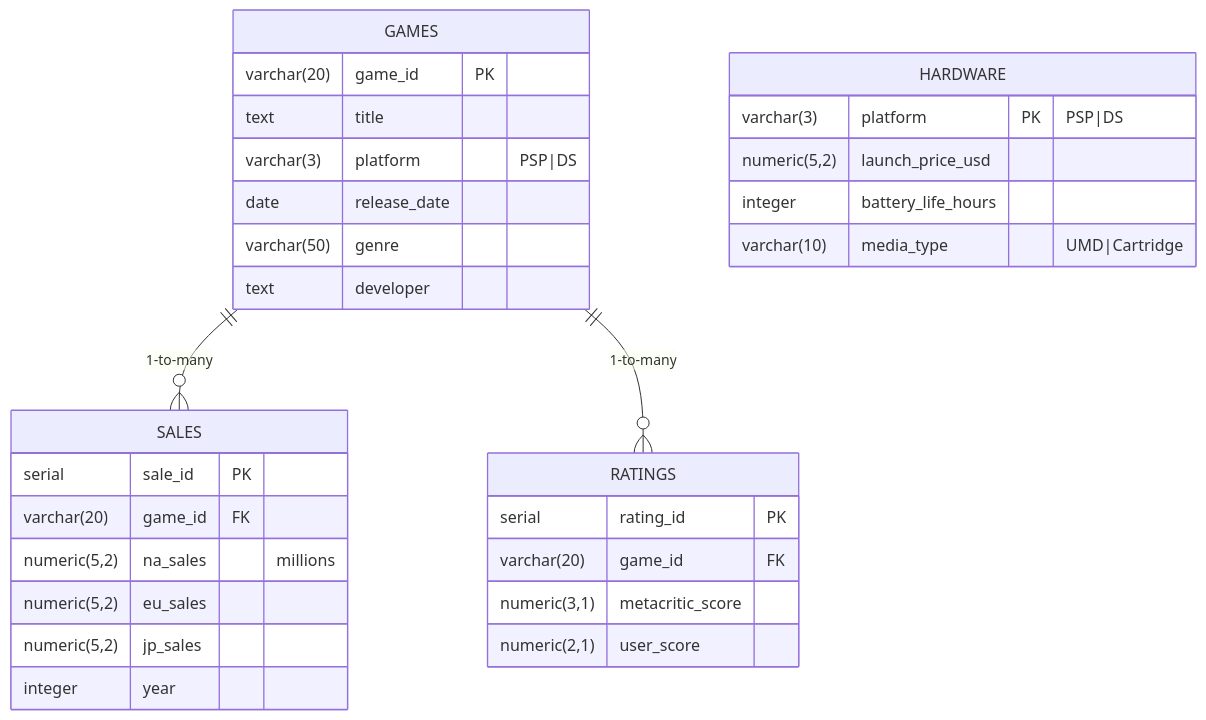
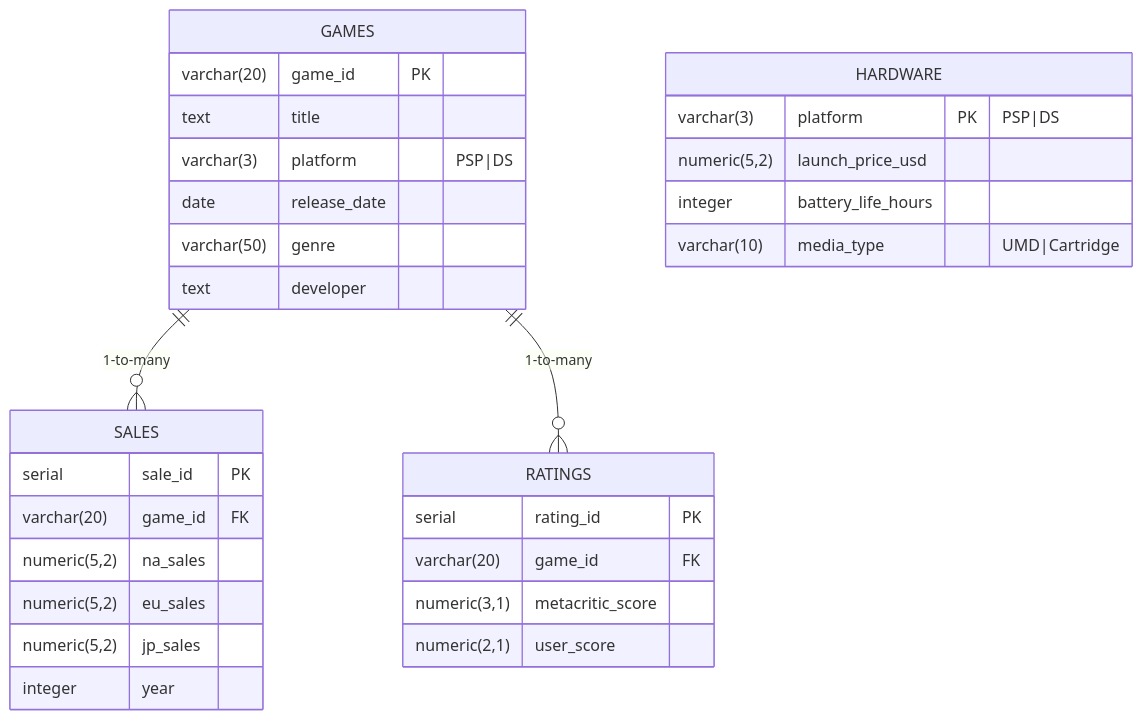
Before and after one commit to atmorfaw10/psp-game-analysis: the diagram in docs/data_sources.md, drawn with Mermaid.

Commit message:
BTS-8: Made changes to data_source.md to get rid of syntax error

````diff
--- a/docs/data_sources.md
+++ b/docs/data_sources.md
@@ -30,33 +30,33 @@
 ```mermaid
 erDiagram
     GAMES ||--o{ SALES : "1-to-many"
     GAMES ||--o{ RATINGS : "1-to-many"
     GAMES {
 	varchar(20) game_id PK
 	text title
 	varchar(3) platform "PSP|DS"
 	date release_date
 	varchar(50) genre
 	text developer
     }
     SALES {
 	serial sale_id PK
 	varchar(20) game_id FK
-	numeric(5,2) na_sales "millions"
+	numeric(5,2) na_sales
 	numeric(5,2) eu_sales
 	numeric(5,2) jp_sales
 	integer year
     }
     RATINGS {
 	serial rating_id PK
 	varchar(20) game_id FK
 	numeric(3,1) metacritic_score
 	numeric(2,1) user_score
     }
     HARDWARE {
 	varchar(3) platform PK "PSP|DS"
 	numeric(5,2) launch_price_usd
 	integer battery_life_hours
 	varchar(10) media_type "UMD|Cartridge"
     }
 ```
````
